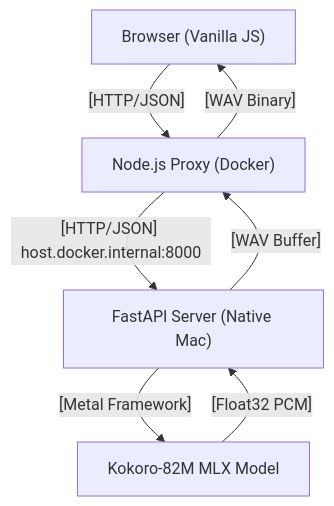
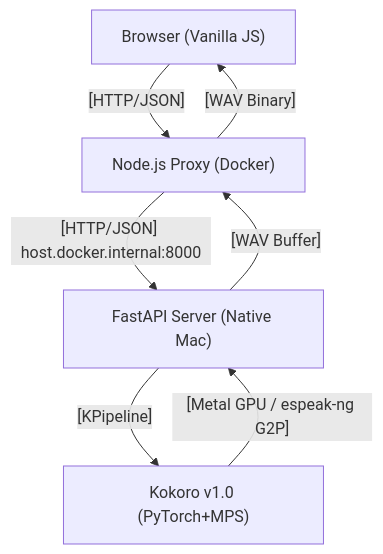
The diagram in TECHNICAL_SPEC.md (yutaofr/dictee-fr), drawn with Mermaid before and after one commit. The commit also changed other lines of this file and 3 other files, not shown here.

````diff
--- a/TECHNICAL_SPEC.md
+++ b/TECHNICAL_SPEC.md
@@ -12,9 +12,9 @@
 ```mermaid
 graph TD
     Client["Browser (Vanilla JS)"] -- "[HTTP/JSON]" --> WebServer["Node.js Proxy (Docker)"]
     WebServer -- "[HTTP/JSON] host.docker.internal:8000" --> TTSServer["FastAPI Server (Native Mac)"]
-    TTSServer -- "[Metal Framework]" --> MLX["Kokoro-82M MLX Model"]
-    MLX -- "[Float32 PCM]" --> TTSServer
+    TTSServer -- "[KPipeline]" --> PyTorch["Kokoro v1.0 (PyTorch+MPS)"]
+    PyTorch -- "[Metal GPU / espeak-ng G2P]" --> TTSServer
     TTSServer -- "[WAV Buffer]" --> WebServer
     WebServer -- "[WAV Binary]" --> Client
 ```
````
